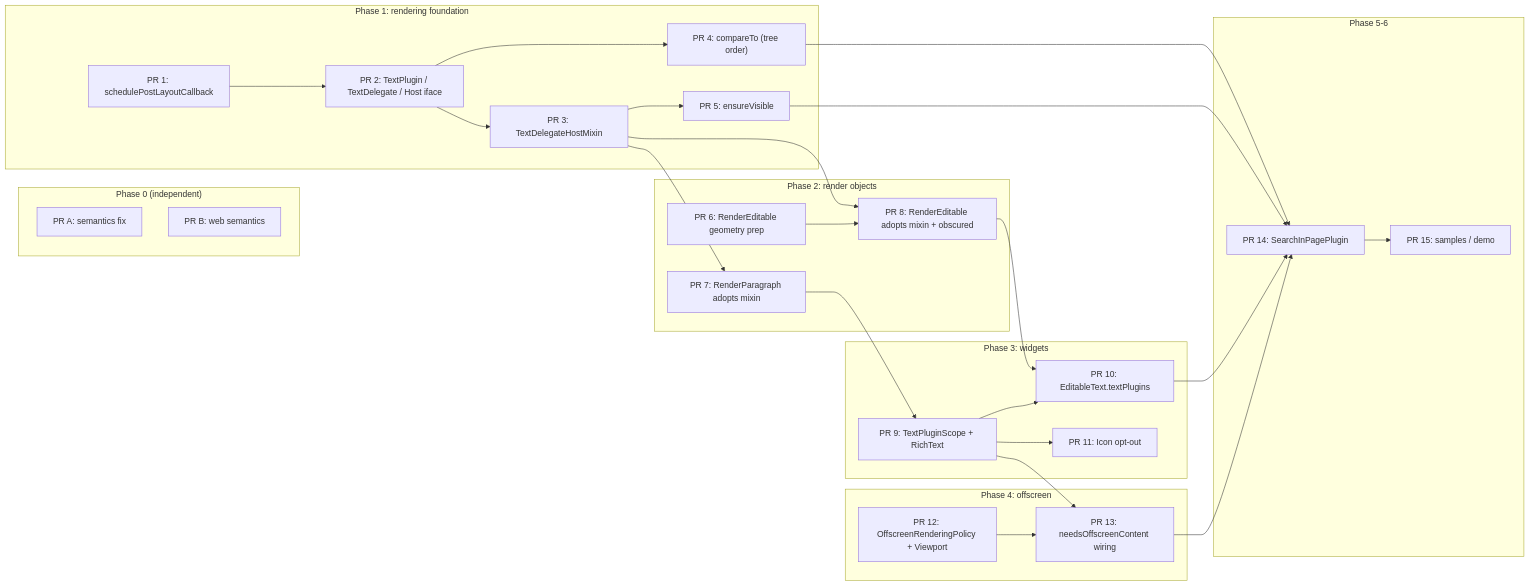
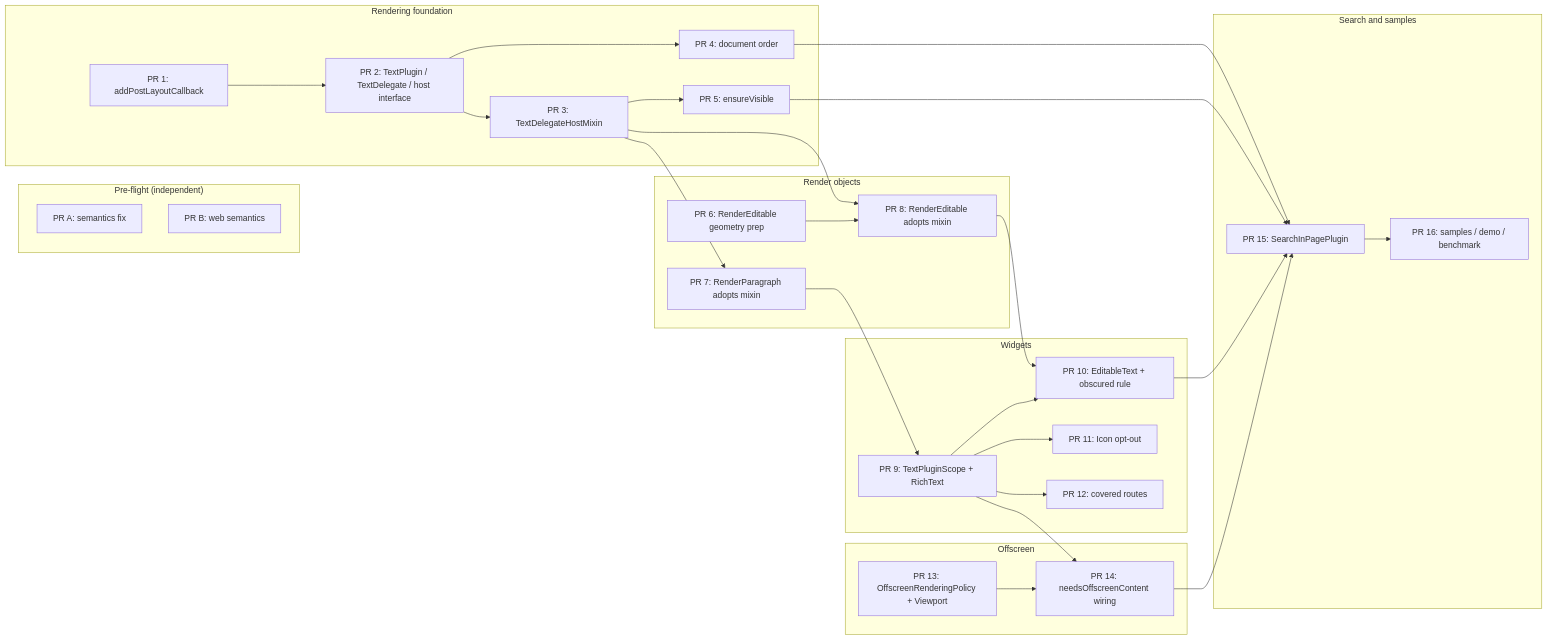
Before and after one commit to hannah-hyj/flutter: the diagram in text_plugins_implementation_plan.md, drawn with Mermaid. The commit also changed other lines of this file, not shown here.

Commit message:
Text plugins implementation plan: MVP (stage 1) only

````diff
--- a/text_plugins_implementation_plan.md
+++ b/text_plugins_implementation_plan.md
@@ -64,49 +66,51 @@
 ```mermaid
 graph LR
-    subgraph P0["Phase 0 (independent)"]
+    subgraph P0["Pre-flight (independent)"]
         A["PR A: semantics fix"]
         B["PR B: web semantics"]
     end
-    subgraph P1["Phase 1: rendering foundation"]
-        PR1["PR 1: schedulePostLayoutCallback"]
-        PR2["PR 2: TextPlugin / TextDelegate / Host iface"]
+    subgraph P1["Rendering foundation"]
+        PR1["PR 1: addPostLayoutCallback"]
+        PR2["PR 2: TextPlugin / TextDelegate / host interface"]
         PR3["PR 3: TextDelegateHostMixin"]
-        PR4["PR 4: compareTo (tree order)"]
+        PR4["PR 4: document order"]
         PR5["PR 5: ensureVisible"]
     end
-    subgraph P2["Phase 2: render objects"]
+    subgraph P2["Render objects"]
         PR6["PR 6: RenderEditable geometry prep"]
         PR7["PR 7: RenderParagraph adopts mixin"]
-        PR8["PR 8: RenderEditable adopts mixin + obscured"]
+        PR8["PR 8: RenderEditable adopts mixin"]
     end
-    subgraph P3["Phase 3: widgets"]
+    subgraph P3["Widgets"]
         PR9["PR 9: TextPluginScope + RichText"]
-        PR10["PR 10: EditableText.textPlugins"]
+        PR10["PR 10: EditableText + obscured rule"]
         PR11["PR 11: Icon opt-out"]
+        PR12["PR 12: covered routes"]
     end
-    subgraph P4["Phase 4: offscreen"]
-        PR12["PR 12: OffscreenRenderingPolicy + Viewport"]
-        PR13["PR 13: needsOffscreenContent wiring"]
+    subgraph P4["Offscreen"]
+        PR13["PR 13: OffscreenRenderingPolicy + Viewport"]
+        PR14["PR 14: needsOffscreenContent wiring"]
     end
-    subgraph P5["Phase 5-6"]
-        PR14["PR 14: SearchInPagePlugin"]
-        PR15["PR 15: samples / demo"]
+    subgraph P5["Search and samples"]
+        PR15["PR 15: SearchInPagePlugin"]
+        PR16["PR 16: samples / demo / benchmark"]
     end
     PR1 --> PR2 --> PR3
     PR2 --> PR4
     PR3 --> PR5
     PR3 --> PR7
     PR3 --> PR8
     PR6 --> PR8
     PR7 --> PR9
     PR8 --> PR10
     PR9 --> PR10
     PR9 --> PR11
-    PR9 --> PR13
-    PR12 --> PR13
-    PR4 --> PR14
-    PR5 --> PR14
-    PR10 --> PR14
+    PR9 --> PR12
+    PR9 --> PR14
     PR13 --> PR14
+    PR4 --> PR15
+    PR5 --> PR15
+    PR10 --> PR15
     PR14 --> PR15
+    PR15 --> PR16
 ```
````
